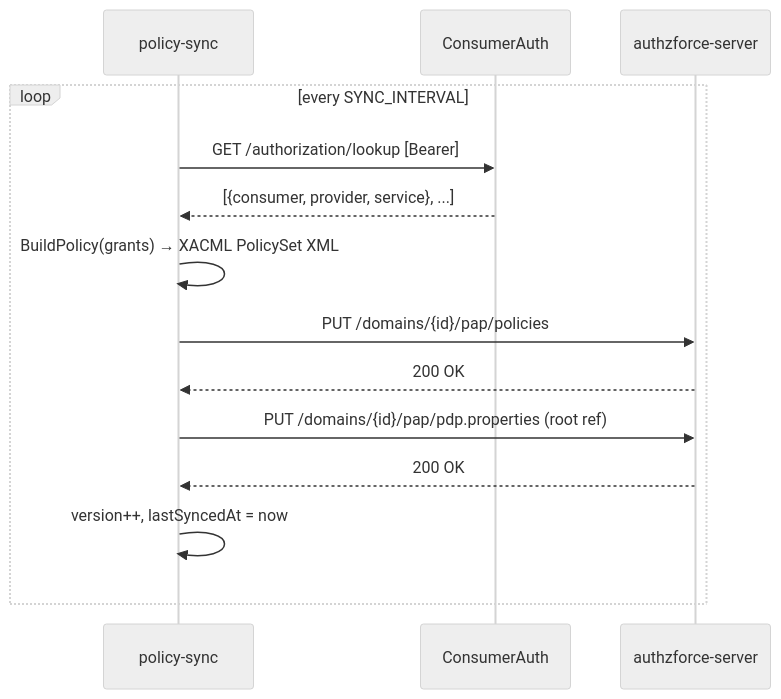
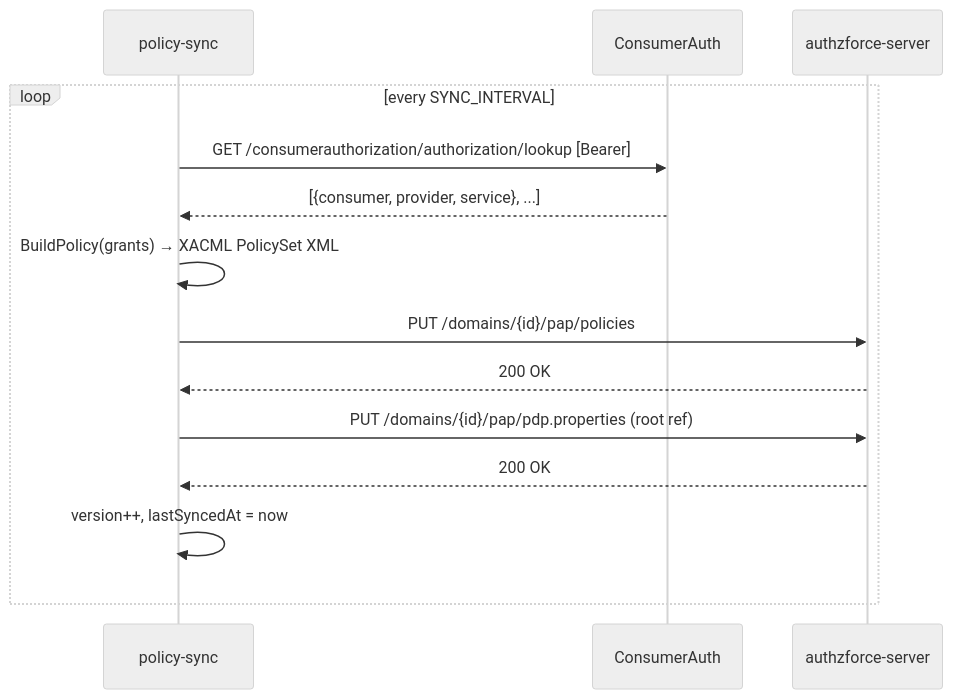
One commit to ulfbod/Arrowhead-experimental-core-systems changed the sixth of 6 diagrams in support/DIAGRAMS.md. Above: the diagram before and after it, drawn with Mermaid (neutral theme). The commit also changed other lines of this file and 183 other files, not shown here.

````diff
--- a/support/DIAGRAMS.md
+++ b/support/DIAGRAMS.md
@@ -194,17 +194,17 @@
 ```mermaid
 sequenceDiagram
     participant PS as policy-sync
     participant CA as ConsumerAuth
     participant AZ as authzforce-server
 
     loop every SYNC_INTERVAL
-        PS->>CA: GET /authorization/lookup [Bearer]
+        PS->>CA: GET /consumerauthorization/authorization/lookup [Bearer]
         CA-->>PS: [{consumer, provider, service}, ...]
         PS->>PS: BuildPolicy(grants) → XACML PolicySet XML
         PS->>AZ: PUT /domains/{id}/pap/policies
         AZ-->>PS: 200 OK
         PS->>AZ: PUT /domains/{id}/pap/pdp.properties (root ref)
         AZ-->>PS: 200 OK
         PS->>PS: version++, lastSyncedAt = now
     end
 ```
````
